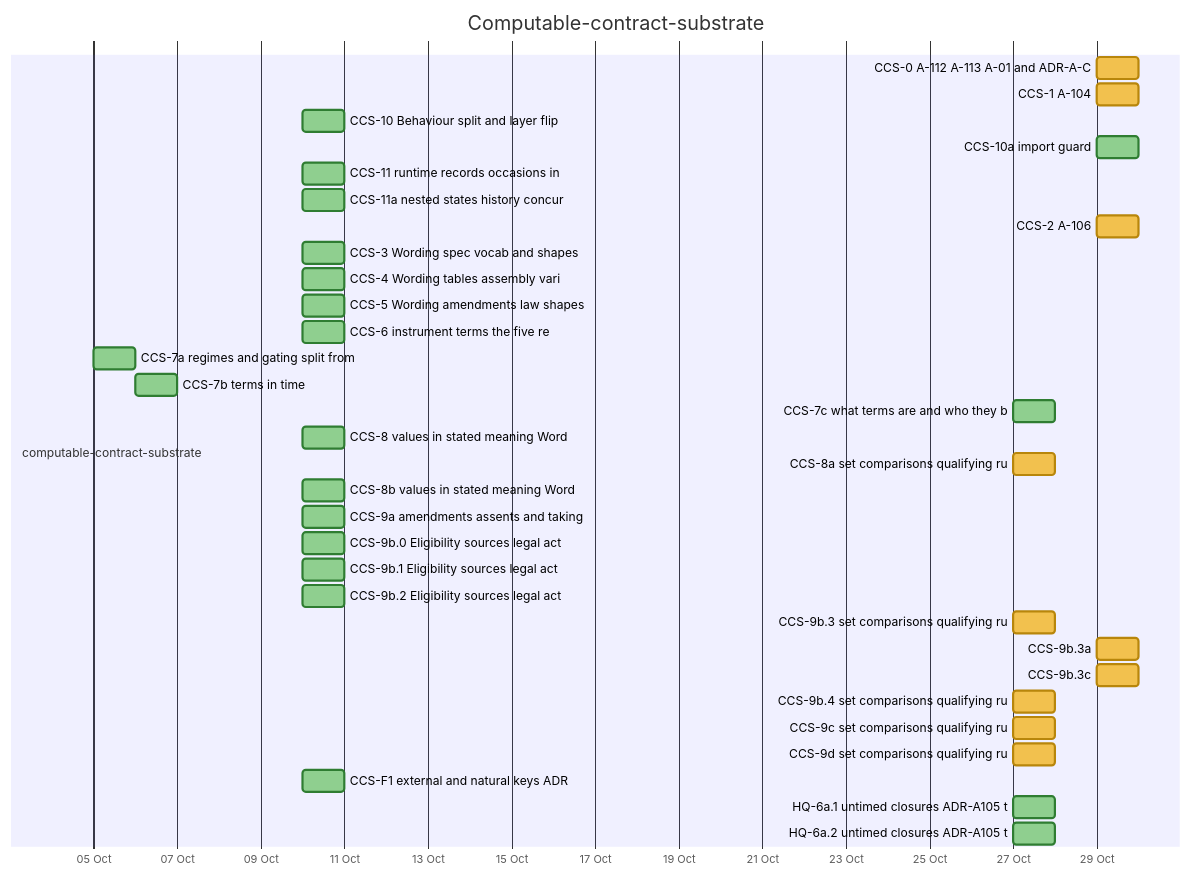
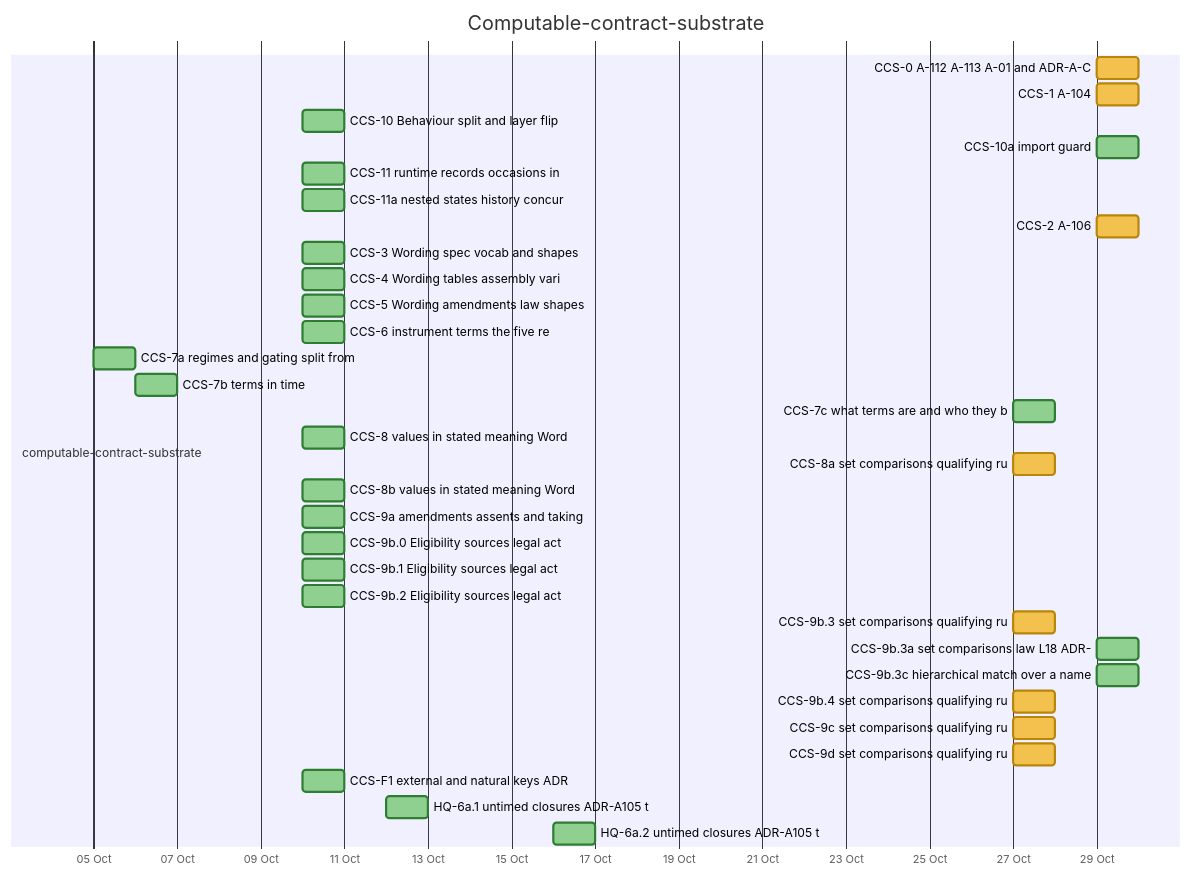
Before and after one commit to nebularis/lattice: the sixth of 25 diagrams in docs/developer/ROADMAP.md, drawn with Mermaid. The commit also changed other lines of this file and 6 other files, not shown here.

````diff
--- a/docs/developer/ROADMAP.md
+++ b/docs/developer/ROADMAP.md
@@ -224,38 +224,38 @@
 ```mermaid
 %%{init: {"themeVariables": {"taskBkgColor": "#f2c14e", "taskBorderColor": "#b8860b", "taskTextColor": "#000000", "activeTaskBkgColor": "#4e9af1", "activeTaskBorderColor": "#1f5fbf", "activeTaskBorderColor": "#1f5fbf", "doneTaskBkgColor": "#8fcf8f", "doneTaskBorderColor": "#2f7d32", "critBkgColor": "#f28b82", "critBorderColor": "#b23a30", "taskTextDarkColor": "#000000", "taskTextLightColor": "#000000"}}}%%
 gantt
     title Computable-contract-substrate
     dateFormat YYYY-MM-DD
     axisFormat %d %b
     section computable-contract-substrate
     CCS-0 A-112 A-113 A-01 and ADR-A-C :ccs0, 2026-10-29, 2026-10-30
     CCS-1 A-104 :ccs1, 2026-10-29, 2026-10-30
     CCS-10 Behaviour split and layer flip :done, ccs10, 2026-10-10, 2026-10-11
     CCS-10a import guard :done, ccs10a, 2026-10-29, 2026-10-30
     CCS-11 runtime records occasions in :done, ccs11, 2026-10-10, 2026-10-11
     CCS-11a nested states history concur :done, ccs11a, 2026-10-10, 2026-10-11
     CCS-2 A-106 :ccs2, 2026-10-29, 2026-10-30
     CCS-3 Wording spec vocab and shapes :done, ccs3, 2026-10-10, 2026-10-11
     CCS-4 Wording tables assembly vari :done, ccs4, 2026-10-10, 2026-10-11
     CCS-5 Wording amendments law shapes :done, ccs5, 2026-10-10, 2026-10-11
     CCS-6 instrument terms the five re :done, ccs6, 2026-10-10, 2026-10-11
     CCS-7a regimes and gating split from :done, ccs7a, 2026-10-05, 2026-10-06
     CCS-7b terms in time :done, ccs7b, 2026-10-06, 2026-10-07
     CCS-7c what terms are and who they b :done, ccs7c, 2026-10-27, 2026-10-28
     CCS-8 values in stated meaning Word :done, ccs8, 2026-10-10, 2026-10-11
     CCS-8a set comparisons qualifying ru :ccs8a, 2026-10-27, 2026-10-28
     CCS-8b values in stated meaning Word :done, ccs8b, 2026-10-10, 2026-10-11
     CCS-9a amendments assents and taking :done, ccs9a, 2026-10-10, 2026-10-11
     CCS-9b.0 Eligibility sources legal act :done, ccs9b0, 2026-10-10, 2026-10-11
     CCS-9b.1 Eligibility sources legal act :done, ccs9b1, 2026-10-10, 2026-10-11
     CCS-9b.2 Eligibility sources legal act :done, ccs9b2, 2026-10-10, 2026-10-11
     CCS-9b.3 set comparisons qualifying ru :ccs9b3, 2026-10-27, 2026-10-28
-    CCS-9b.3a :ccs9b3a, 2026-10-29, 2026-10-30
-    CCS-9b.3c :ccs9b3c, 2026-10-29, 2026-10-30
+    CCS-9b.3a set comparisons law L18 ADR- :done, ccs9b3a, 2026-10-29, 2026-10-30
+    CCS-9b.3c hierarchical match over a name :done, ccs9b3c, 2026-10-29, 2026-10-30
     CCS-9b.4 set comparisons qualifying ru :ccs9b4, 2026-10-27, 2026-10-28
     CCS-9c set comparisons qualifying ru :ccs9c, 2026-10-27, 2026-10-28
     CCS-9d set comparisons qualifying ru :ccs9d, 2026-10-27, 2026-10-28
     CCS-F1 external and natural keys ADR :done, ccsf1, 2026-10-10, 2026-10-11
-    HQ-6a.1 untimed closures ADR-A105 t :done, hq6a1, 2026-10-27, 2026-10-28
-    HQ-6a.2 untimed closures ADR-A105 t :done, hq6a2, 2026-10-27, 2026-10-28
+    HQ-6a.1 untimed closures ADR-A105 t :done, hq6a1, 2026-10-12, 2026-10-13
+    HQ-6a.2 untimed closures ADR-A105 t :done, hq6a2, 2026-10-16, 2026-10-17
 ```
````
